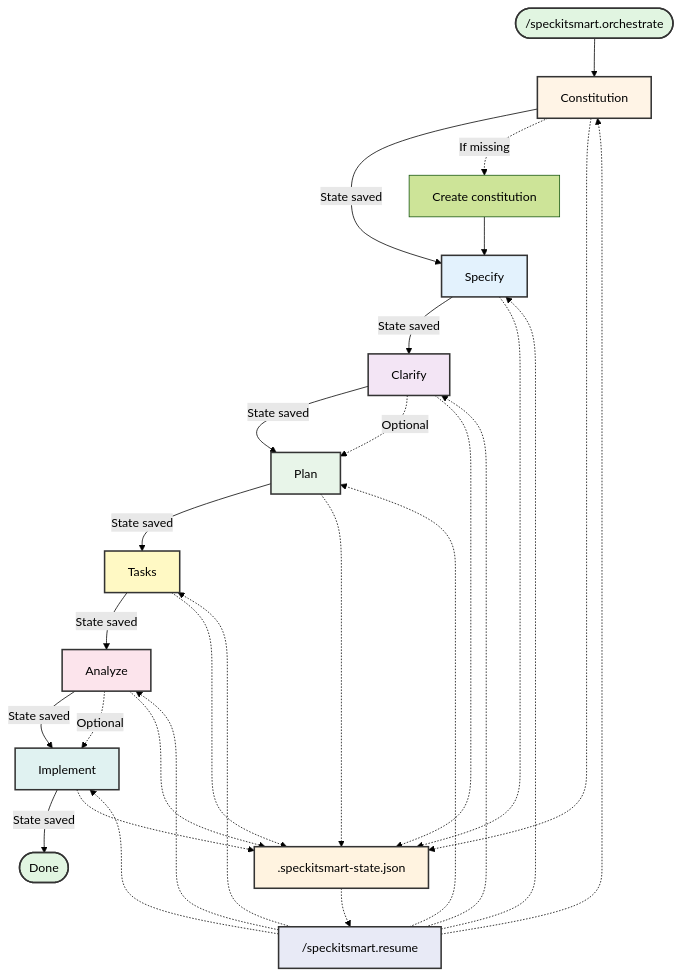
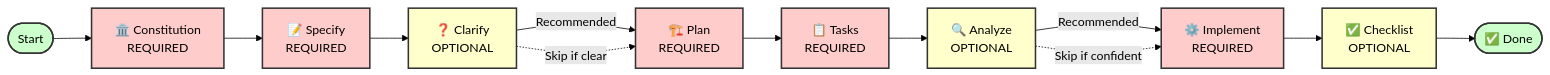
Before and after one commit to veerabhadra-ponna/spec-kit-smart: the second of 3 diagrams in README.md, drawn with Mermaid (forest theme). The commit also changed other lines of this file and 4 other files, not shown here.

````diff
--- a/README.md
+++ b/README.md
@@ -1036,47 +254,25 @@
 ```mermaid
-flowchart TD
-    Start([/speckitsmart.orchestrate]) --> Constitution
-    Constitution[Constitution] --> | State saved | Specify
-    Constitution -.-> | If missing | CreateConst[Create constitution]
-    CreateConst --> Specify
-    Specify[Specify] --> | State saved | Clarify
-    Clarify[Clarify] --> | State saved | Plan
-    Clarify -.-> | Optional | Plan
-    Plan[Plan] --> | State saved | Tasks
-    Tasks[Tasks] --> | State saved | Analyze
-    Analyze[Analyze] --> | State saved | Implement
-    Analyze -.-> | Optional | Implement
-    Implement[Implement] --> | State saved | Done
-    Done([Done])
+flowchart LR
+    Start([Start]) --> Constitution[🏛️ Constitution<br/>REQUIRED]
+    Constitution --> Specify[📝 Specify<br/>REQUIRED]
+    Specify --> Clarify[❓ Clarify<br/>OPTIONAL]
+    Clarify --> | Recommended | Plan[🏗️ Plan<br/>REQUIRED]
+    Clarify -.-> | Skip if clear | Plan
+    Plan --> Tasks[📋 Tasks<br/>REQUIRED]
+    Tasks --> Analyze[🔍 Analyze<br/>OPTIONAL]
+    Analyze --> | Recommended | Implement[⚙️ Implement<br/>REQUIRED]
+    Analyze -.-> | Skip if confident | Implement
+    Implement --> Checklist[✅ Checklist<br/>OPTIONAL]
+    Checklist --> Done([✅ Done])
 
-    State[.speckitsmart-state.json]
-    Constitution -.-> State
-    Specify -.-> State
-    Clarify -.-> State
-    Plan -.-> State
-    Tasks -.-> State
-    Analyze -.-> State
-    Implement -.-> State
-
-    State -.-> Resume
-    Resume["/speckitsmart.resume"]
-    Resume -.-> Constitution
-    Resume -.-> Specify
-    Resume -.-> Clarify
-    Resume -.-> Plan
-    Resume -.-> Tasks
-    Resume -.-> Analyze
-    Resume -.-> Implement
-
-    style Start fill:#e1f5e1,stroke:#333,stroke-width:2px
-    style Done fill:#e1f5e1,stroke:#333,stroke-width:2px
-    style Constitution fill:#fff4e6,stroke:#333,stroke-width:2px
-    style Specify fill:#e3f2fd,stroke:#333,stroke-width:2px
-    style Clarify fill:#f3e5f5,stroke:#333,stroke-width:2px
-    style Plan fill:#e8f5e9,stroke:#333,stroke-width:2px
-    style Tasks fill:#fff9c4,stroke:#333,stroke-width:2px
-    style Analyze fill:#fce4ec,stroke:#333,stroke-width:2px
-    style Implement fill:#e0f2f1,stroke:#333,stroke-width:2px
-    style State fill:#fff3e0,stroke:#333,stroke-width:2px
-    style Resume fill:#e8eaf6,stroke:#333,stroke-width:2px
+    style Constitution fill:#ffcccc,stroke:#333,stroke-width:2px
+    style Specify fill:#ffcccc,stroke:#333,stroke-width:2px
+    style Plan fill:#ffcccc,stroke:#333,stroke-width:2px
+    style Tasks fill:#ffcccc,stroke:#333,stroke-width:2px
+    style Implement fill:#ffcccc,stroke:#333,stroke-width:2px
+    style Clarify fill:#ffffcc,stroke:#333,stroke-width:2px
+    style Analyze fill:#ffffcc,stroke:#333,stroke-width:2px
+    style Checklist fill:#ffffcc,stroke:#333,stroke-width:2px
+    style Start fill:#ccffcc,stroke:#333,stroke-width:2px
+    style Done fill:#ccffcc,stroke:#333,stroke-width:2px
 ```
````
